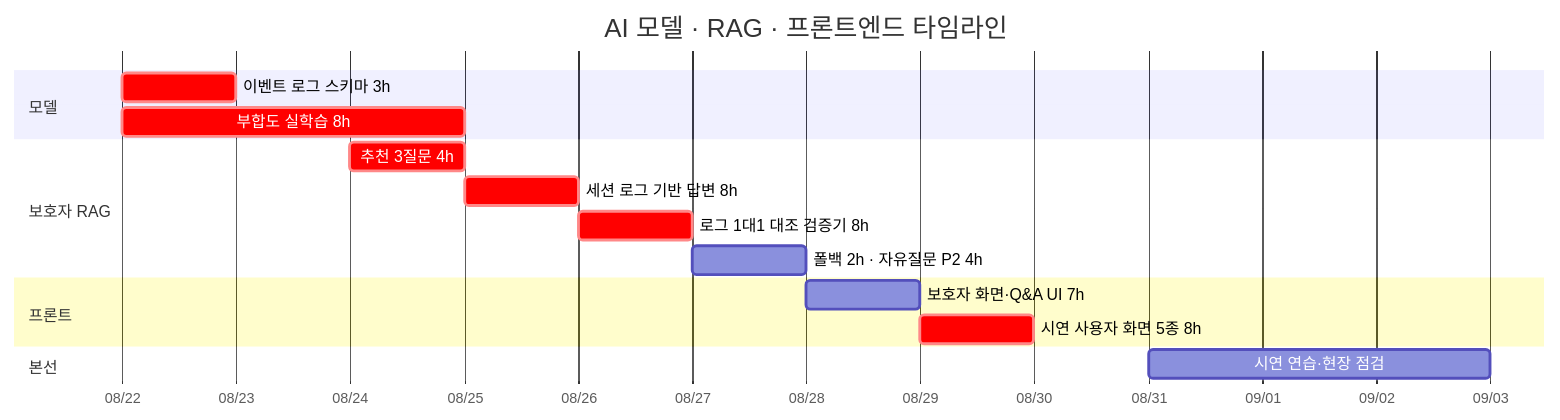
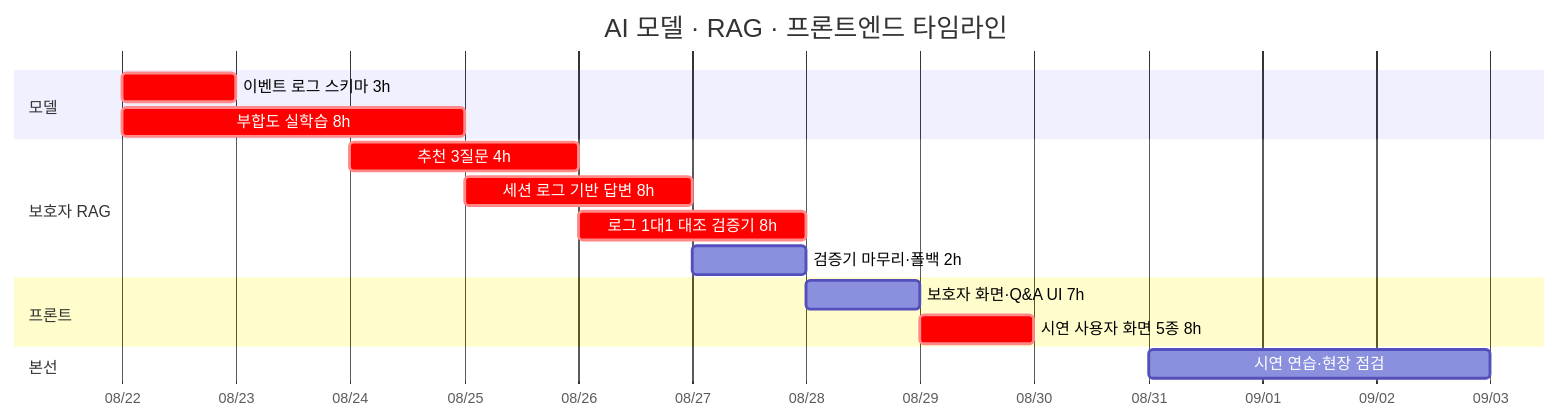
Before and after one commit to team-savers/savers-project: the diagram in docs/역할_일정/03-AI-RAG-프론트엔드.md, drawn with Mermaid. The commit also changed other lines of this file and 6 other files, not shown here.

````diff
--- a/docs/역할_일정/03-AI-RAG-프론트엔드.md
+++ b/docs/역할_일정/03-AI-RAG-프론트엔드.md
@@ -25,19 +30,19 @@
 ```mermaid
 gantt
     title AI 모델 · RAG · 프론트엔드 타임라인
     dateFormat YYYY-MM-DD
     axisFormat %m/%d
     section 모델
     이벤트 로그 스키마 3h        :crit, 2026-08-22, 1d
     부합도 실학습 8h             :crit, 2026-08-22, 3d
     section 보호자 RAG
-    추천 3질문 4h                :crit, 2026-08-24, 1d
-    세션 로그 기반 답변 8h        :crit, 2026-08-25, 1d
-    로그 1대1 대조 검증기 8h      :crit, 2026-08-26, 1d
-    폴백 2h · 자유질문 P2 4h      :2026-08-27, 1d
+    추천 3질문 4h                :crit, 2026-08-24, 2d
+    세션 로그 기반 답변 8h        :crit, 2026-08-25, 2d
+    로그 1대1 대조 검증기 8h      :crit, 2026-08-26, 2d
+    검증기 마무리·폴백 2h        :2026-08-27, 1d
     section 프론트
     보호자 화면·Q&A UI 7h        :2026-08-28, 1d
     시연 사용자 화면 5종 8h       :crit, 2026-08-29, 1d
     section 본선
     시연 연습·현장 점검           :2026-08-31, 3d
 ```
````
